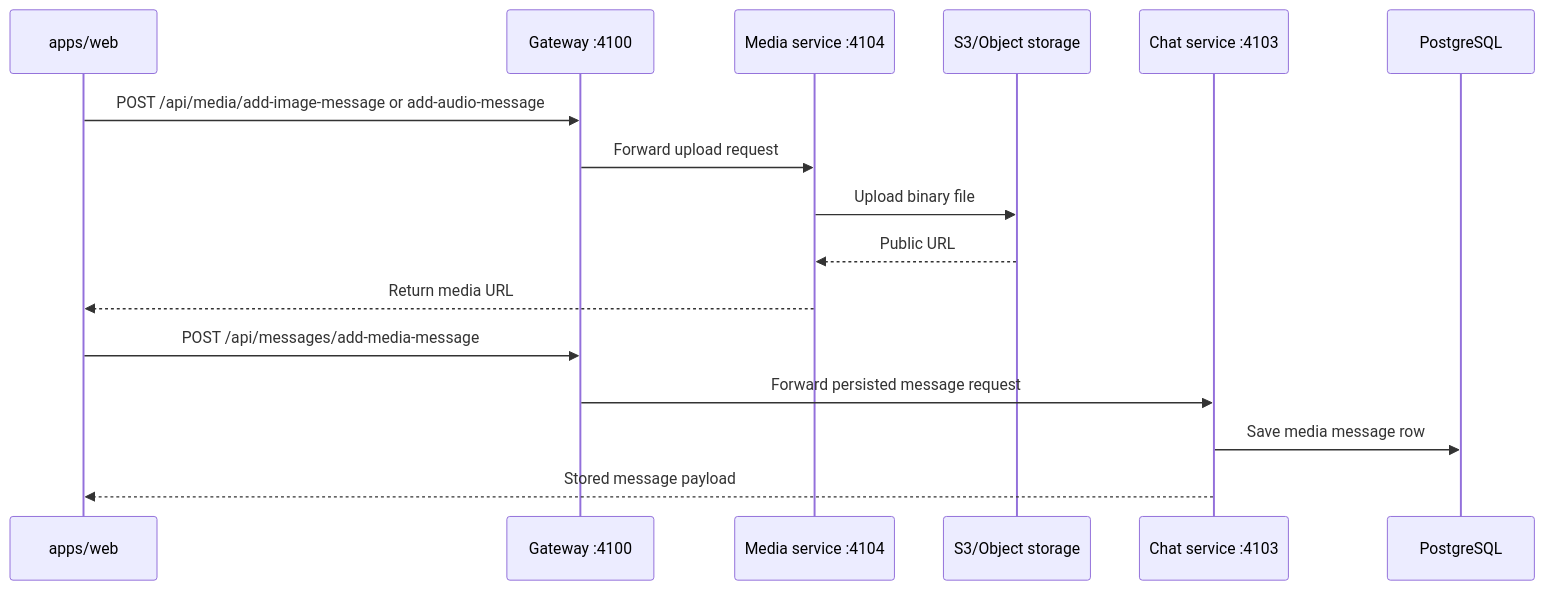
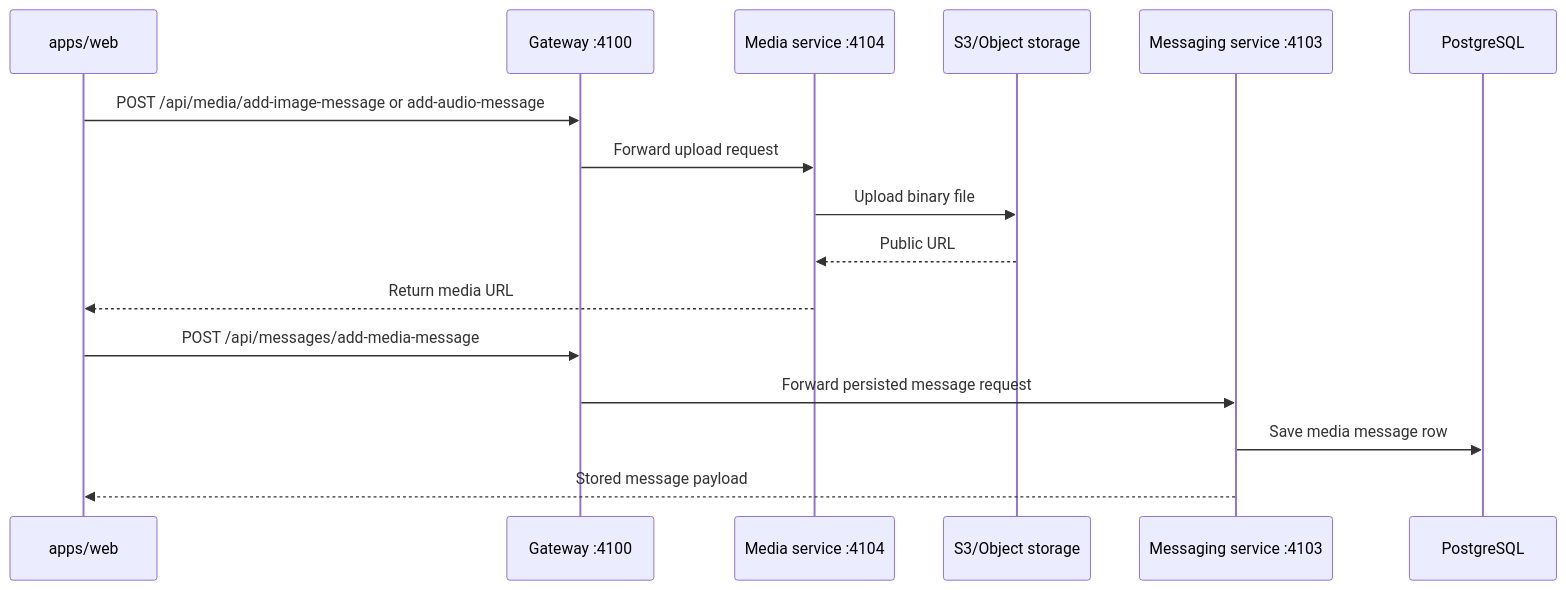
One commit to Sam231221/Yome changed the seventh of 7 diagrams in docs/LOCALHOST_3000_REQUEST_WORKFLOW.md. Above: the diagram before and after it, drawn with Mermaid. The commit also changed other lines of this file and 32 other files, not shown here.

````diff
--- a/docs/LOCALHOST_3000_REQUEST_WORKFLOW.md
+++ b/docs/LOCALHOST_3000_REQUEST_WORKFLOW.md
@@ -319,19 +320,19 @@
 ```mermaid
 sequenceDiagram
     participant W as apps/web
     participant G as Gateway :4100
     participant M as Media service :4104
     participant S3 as S3/Object storage
-    participant C as Chat service :4103
+    participant C as Messaging service :4103
     participant DB as PostgreSQL
 
     W->>G: POST /api/media/add-image-message or add-audio-message
     G->>M: Forward upload request
     M->>S3: Upload binary file
     S3-->>M: Public URL
     M-->>W: Return media URL
     W->>G: POST /api/messages/add-media-message
     G->>C: Forward persisted message request
     C->>DB: Save media message row
     C-->>W: Stored message payload
 ```
````
